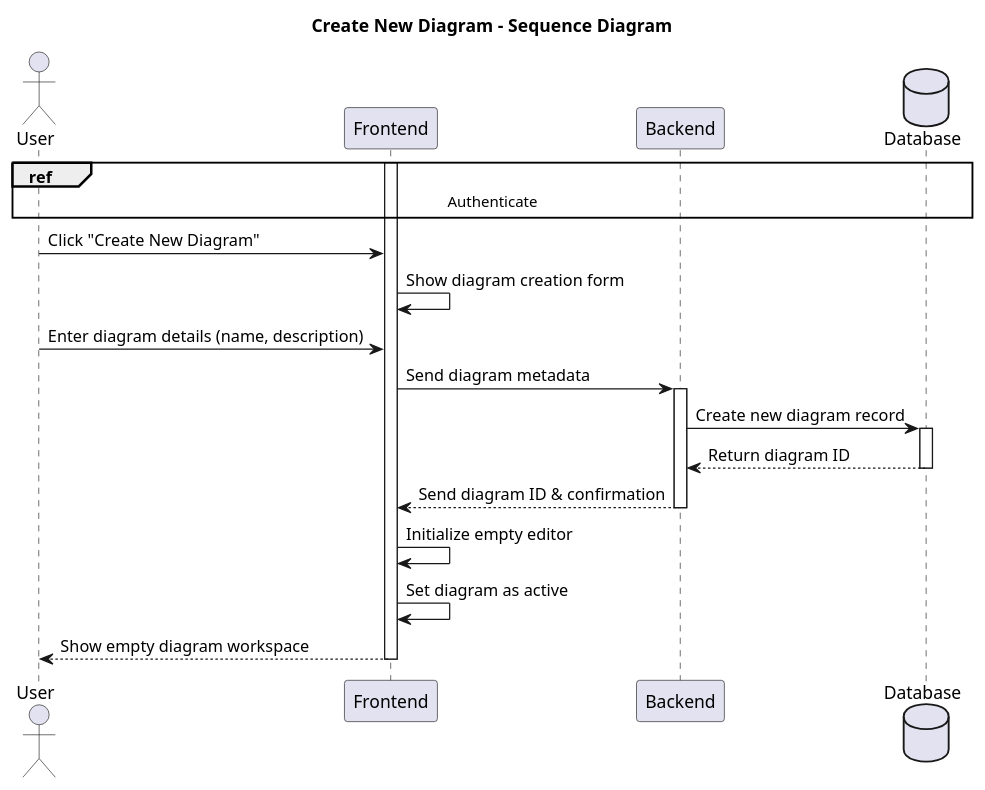
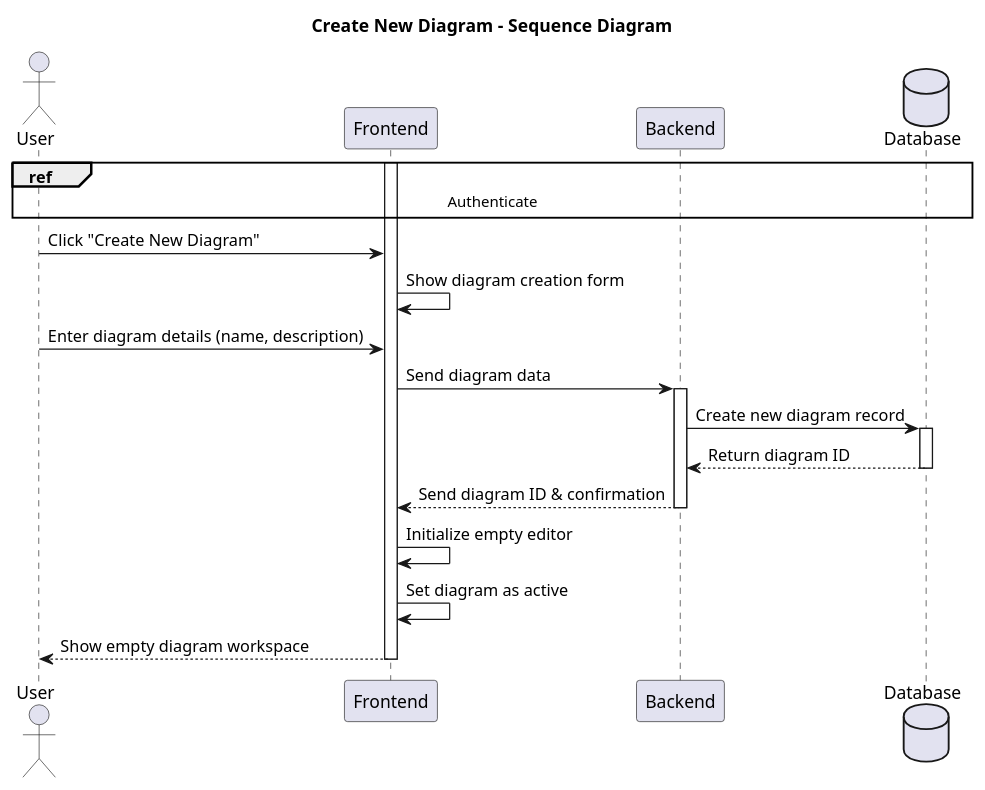
Before and after one commit to souhaib-askri/report_pfe: the diagram in conception/SprintIV/sequence_diagrams/sequence_diagramManagement_4_1_CreateNewDiagram.puml, drawn with PlantUML. The commit also changed 13 other files, not shown here.

```diff
--- a/conception/SprintIV/sequence_diagrams/sequence_diagramManagement_4_1_CreateNewDiagram.puml
+++ b/conception/SprintIV/sequence_diagrams/sequence_diagramManagement_4_1_CreateNewDiagram.puml
@@ -1,33 +1,33 @@
 @startuml
 title Create New Diagram - Sequence Diagram
 
 actor User
 participant Frontend
 participant Backend
 database Database
 
 ref over User, Database: Authenticate
 
 activate Frontend
 
 User -> Frontend: Click "Create New Diagram"
 Frontend -> Frontend: Show diagram creation form
 
 User -> Frontend: Enter diagram details (name, description)
-Frontend -> Backend: Send diagram metadata
+Frontend -> Backend: Send diagram data
 activate Backend
 
 Backend -> Database: Create new diagram record
 activate Database
 Database --> Backend: Return diagram ID
 deactivate Database
 
 Backend --> Frontend: Send diagram ID & confirmation
 deactivate Backend
 
 Frontend -> Frontend: Initialize empty editor
 Frontend -> Frontend: Set diagram as active
 Frontend --> User: Show empty diagram workspace
 deactivate Frontend
 
 @enduml
```
